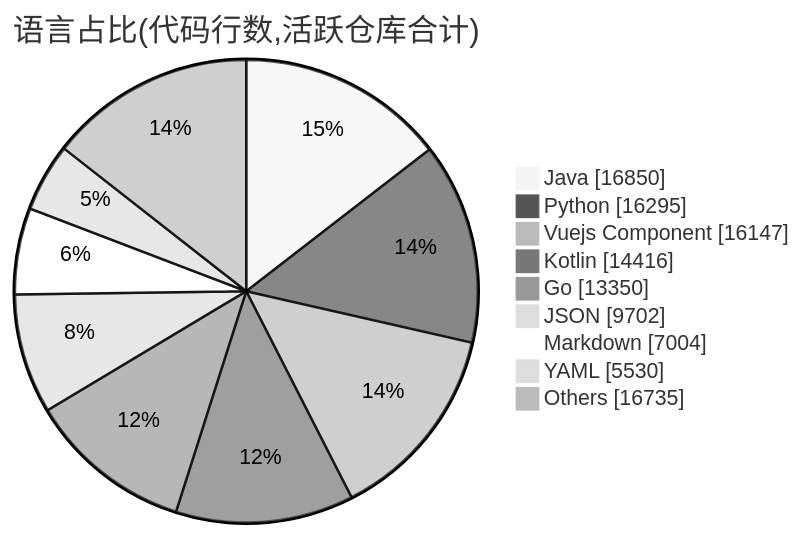
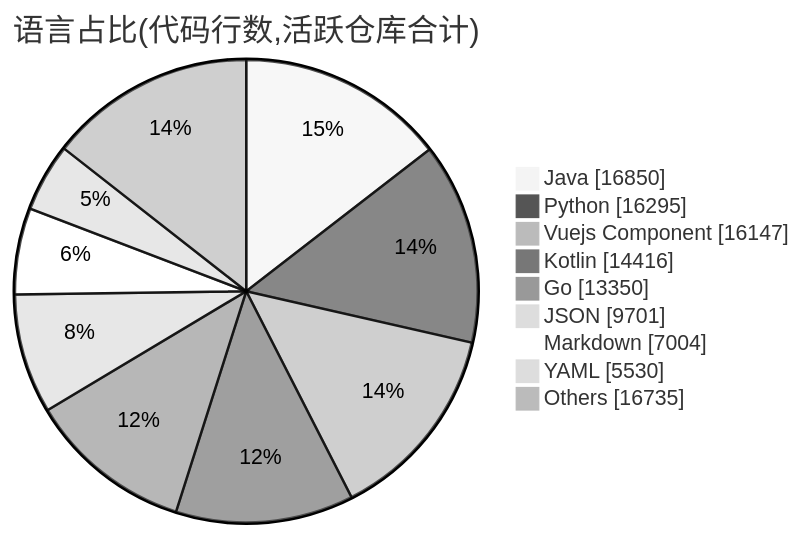
The second of 2 diagrams in profile/README.md (Conflux-Union/.github), drawn with Mermaid (neutral theme) before and after one commit. The commit also changed other lines of this file and 1 other file, not shown here.

````diff
--- a/profile/README.md
+++ b/profile/README.md
@@ -78,13 +78,13 @@
 ```mermaid
 pie showData
     title 语言占比(代码行数,活跃仓库合计)
     "Java" : 16850
     "Python" : 16295
     "Vuejs Component" : 16147
     "Kotlin" : 14416
     "Go" : 13350
-    "JSON" : 9702
+    "JSON" : 9701
     "Markdown" : 7004
     "YAML" : 5530
     "Others" : 16735
 ```
````
